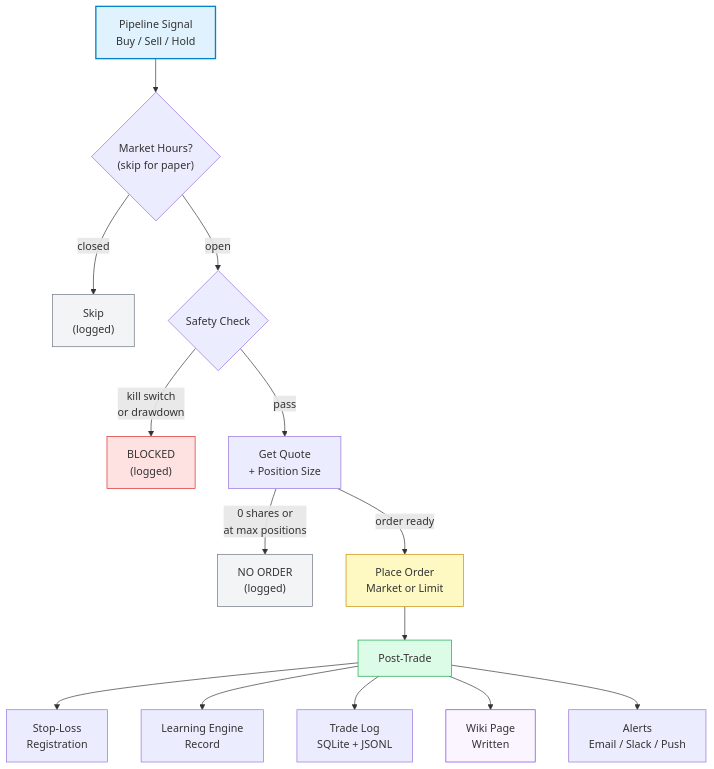
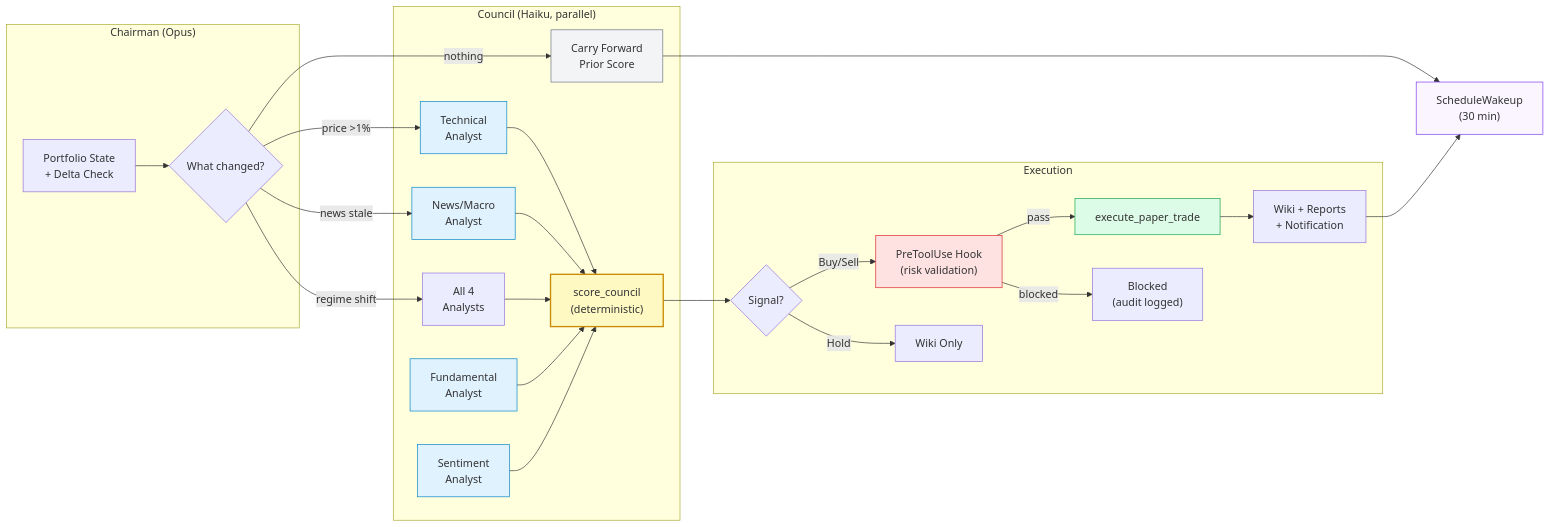
The diagram in README.md (krish-shahh/quorum), drawn with Mermaid before and after one commit. The commit also changed other lines of this file and 35 other files, not shown here.

````diff
--- a/README.md
+++ b/README.md
@@ -101,24 +11,40 @@
 ```mermaid
-flowchart TD
-    SIG["Pipeline Signal\nBuy / Sell / Hold"] --> MKT{"Market Hours?\n(skip for paper)"}
-    MKT -- "closed" --> SKIP1["Skip\n(logged)"]
-    MKT -- "open" --> SAFETY{"Safety Check"}
-    SAFETY -- "kill switch\nor drawdown" --> BLOCK["BLOCKED\n(logged)"]
-    SAFETY -- "pass" --> QUOTE["Get Quote\n+ Position Size"]
-    QUOTE -- "0 shares or\nat max positions" --> SKIP2["NO ORDER\n(logged)"]
-    QUOTE -- "order ready" --> ORDER["Place Order\nMarket or Limit"]
-    ORDER --> POST["Post-Trade"]
-    POST --> SL["Stop-Loss\nRegistration"]
-    POST --> RL["Learning Engine\nRecord"]
-    POST --> LOG["Trade Log\nSQLite + JSONL"]
-    POST --> WIKI["Wiki Page\nWritten"]
-    POST --> ALERT["Alerts\nEmail / Slack / Push"]
+graph LR
+    subgraph "Chairman (Opus)"
+        START["Portfolio State\n+ Delta Check"] --> TRIAGE{"What changed?"}
+    end
 
-    style SIG fill:#e0f2fe,stroke:#0284c7,stroke-width:2px
-    style BLOCK fill:#fee2e2,stroke:#dc2626
-    style SKIP1 fill:#f3f4f6,stroke:#6b7280
-    style SKIP2 fill:#f3f4f6,stroke:#6b7280
-    style ORDER fill:#fef9c3,stroke:#ca8a04
-    style POST fill:#dcfce7,stroke:#16a34a
-    style WIKI fill:#faf5ff,stroke:#7c3aed
+    subgraph "Council (Haiku, parallel)"
+        TRIAGE -- "price >1%" --> TECH["Technical\nAnalyst"]
+        TRIAGE -- "news stale" --> NEWS["News/Macro\nAnalyst"]
+        TRIAGE -- "regime shift" --> ALL["All 4\nAnalysts"]
+        TRIAGE -- "nothing" --> CARRY["Carry Forward\nPrior Score"]
+        TECH --> SCORE
+        NEWS --> SCORE
+        ALL --> SCORE
+        FUND["Fundamental\nAnalyst"] --> SCORE
+        SENT["Sentiment\nAnalyst"] --> SCORE
+    end
+
+    subgraph "Execution"
+        SCORE["score_council\n(deterministic)"] --> DECIDE{"Signal?"}
+        DECIDE -- "Buy/Sell" --> HOOK["PreToolUse Hook\n(risk validation)"]
+        HOOK -- "pass" --> TRADE["execute_paper_trade"]
+        HOOK -- "blocked" --> LOG1["Blocked\n(audit logged)"]
+        DECIDE -- "Hold" --> LOG2["Wiki Only"]
+        TRADE --> WIKI["Wiki + Reports\n+ Notification"]
+    end
+
+    CARRY --> WAKE["ScheduleWakeup\n(30 min)"]
+    WIKI --> WAKE
+
+    style TECH fill:#e0f2fe,stroke:#0284c7
+    style FUND fill:#e0f2fe,stroke:#0284c7
+    style SENT fill:#e0f2fe,stroke:#0284c7
+    style NEWS fill:#e0f2fe,stroke:#0284c7
+    style SCORE fill:#fef9c3,stroke:#ca8a04,stroke-width:2px
+    style TRADE fill:#dcfce7,stroke:#16a34a
+    style HOOK fill:#fee2e2,stroke:#dc2626
+    style CARRY fill:#f3f4f6,stroke:#6b7280
+    style WAKE fill:#faf5ff,stroke:#7c3aed
 ```
````
